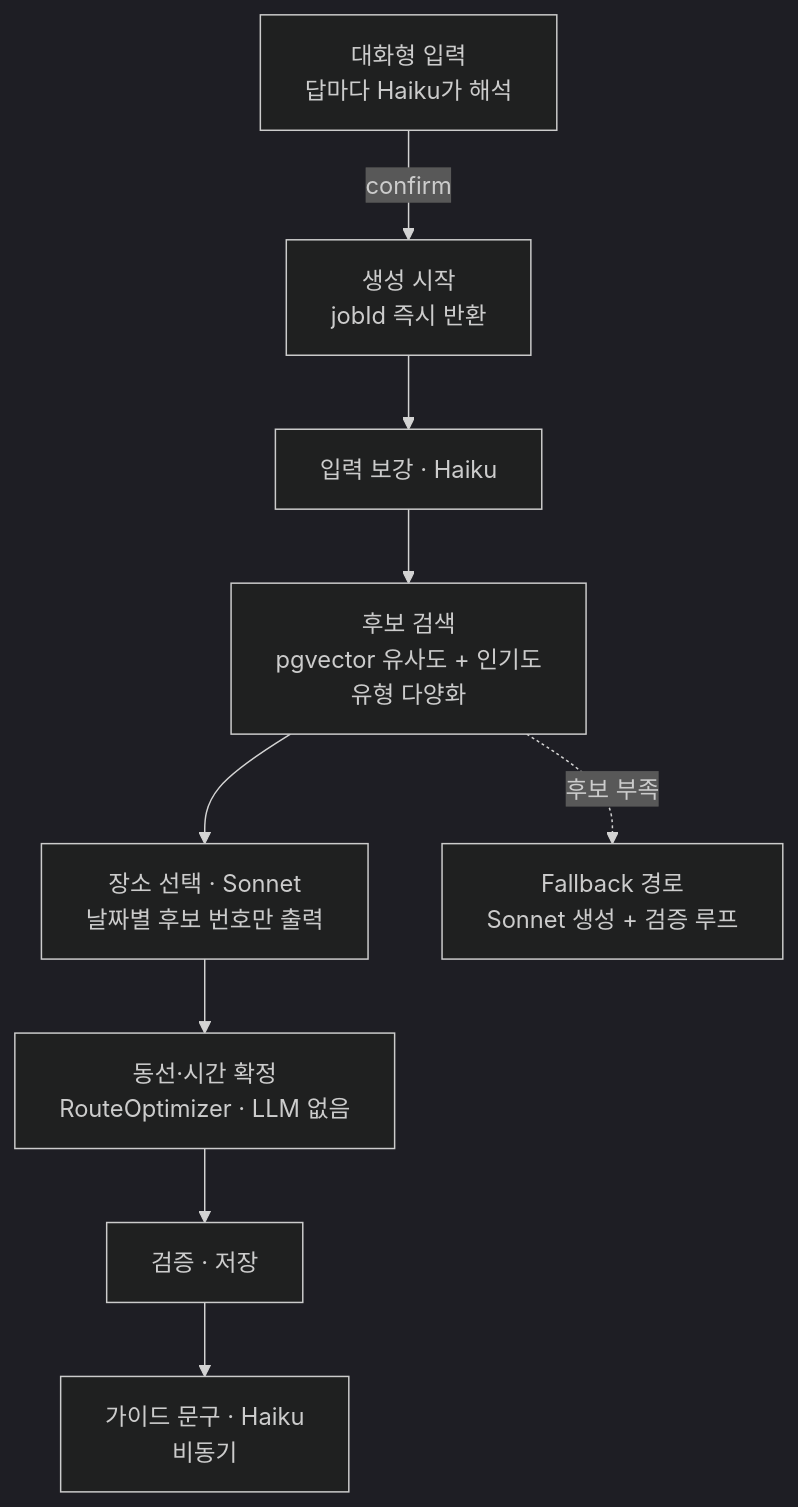
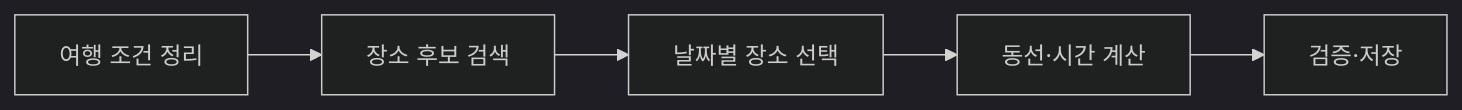
One commit to byunggwan-kim0918/shg-trip-back changed the diagram in README.md. Above: the diagram before and after it, drawn with Mermaid (dark theme). The commit also changed other lines of this file, not shown here.

````diff
--- a/README.md
+++ b/README.md
@@ -22,11 +30,7 @@
 ```mermaid
-flowchart TD
-    A["대화형 입력<br/>답마다 Haiku가 해석"] -- confirm --> B["생성 시작<br/>jobId 즉시 반환"]
-    B --> C["입력 보강 · Haiku"]
-    C --> D["후보 검색<br/>pgvector 유사도 + 인기도<br/>유형 다양화"]
-    D --> E["장소 선택 · Sonnet<br/>날짜별 후보 번호만 출력"]
-    E --> F["동선·시간 확정<br/>RouteOptimizer · LLM 없음"]
-    F --> G["검증 · 저장"]
-    G --> H["가이드 문구 · Haiku<br/>비동기"]
-    D -. 후보 부족 .-> FB["Fallback 경로<br/>Sonnet 생성 + 검증 루프"]
+flowchart LR
+    A["여행 조건 정리"] --> B["장소 후보 검색"]
+    B --> C["날짜별 장소 선택"]
+    C --> D["동선·시간 계산"]
+    D --> E["검증·저장"]
 ```
````
